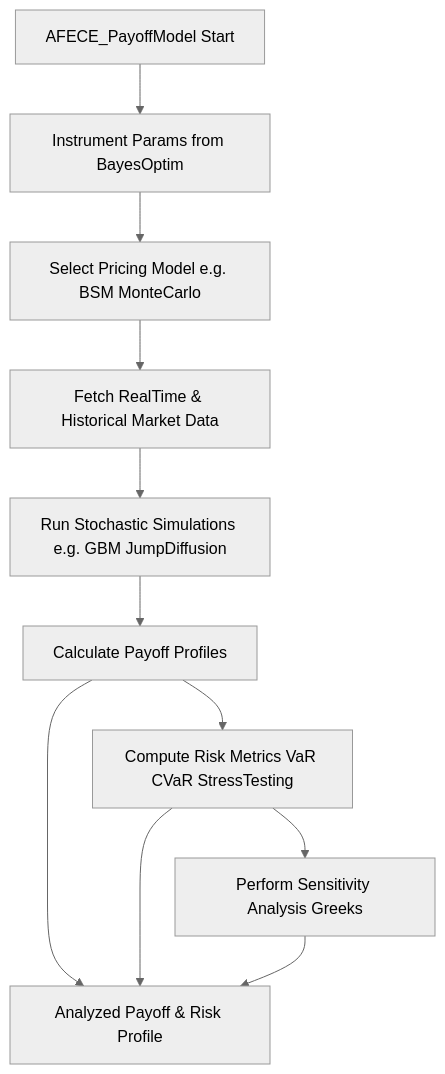
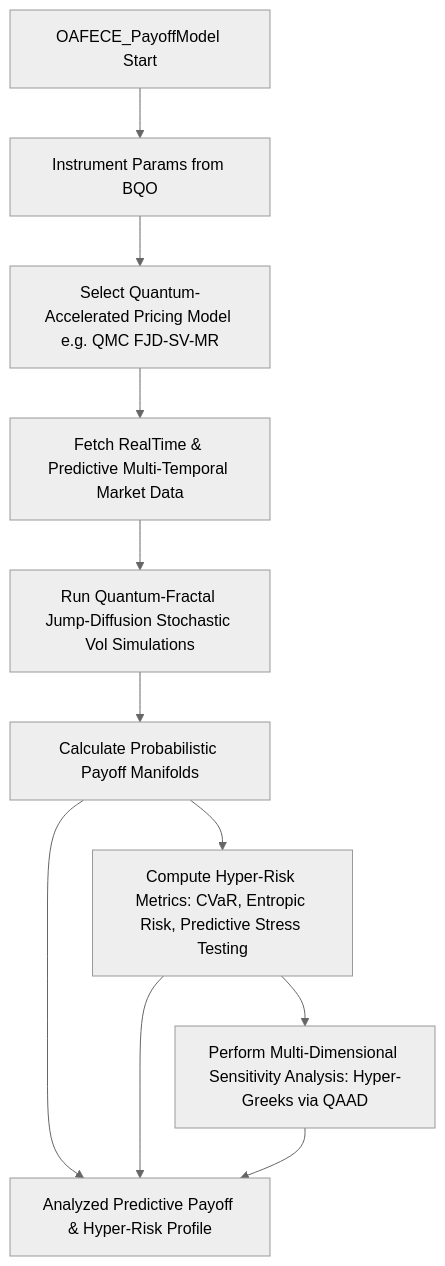
The fifth of 11 diagrams in inventions/inventions/AFECE_detailed_generative_flow.md (diplomat-bit/Citibank_Demo_Business_Inc_Demonstration-), drawn with Mermaid (neutral theme) before and after one commit. The commit also changed other lines of this file, not shown here.

````diff
--- a/inventions/inventions/AFECE_detailed_generative_flow.md
+++ b/inventions/inventions/AFECE_detailed_generative_flow.md
@@ -302,11 +477,11 @@
 ```mermaid
 graph TD
-    PPM_Start[AFECE_PayoffModel Start] --> PPM_Input[Instrument Params from BayesOptim]
-    PPM_Input --> PPM_PricingModel[Select Pricing Model e.g. BSM MonteCarlo]
-    PPM_PricingModel --> PPM_MarketData[Fetch RealTime & Historical Market Data]
-    PPM_MarketData --> PPM_StochasticSim[Run Stochastic Simulations e.g. GBM JumpDiffusion]
-    PPM_StochasticSim --> PPM_PayoffCalc[Calculate Payoff Profiles]
-    PPM_PayoffCalc --> PPM_RiskMetrics[Compute Risk Metrics VaR CVaR StressTesting]
-    PPM_RiskMetrics --> PPM_SensAnalysis[Perform Sensitivity Analysis Greeks]
-    PPM_PayoffCalc & PPM_RiskMetrics & PPM_SensAnalysis --> AFECE_XAI_Rationale[Analyzed Payoff & Risk Profile]
+    PPM_Start[OAFECE_PayoffModel Start] --> PPM_Input[Instrument Params from BQO]
+    PPM_Input --> PPM_PricingModel_QAPM[Select Quantum-Accelerated Pricing Model e.g. QMC FJD-SV-MR]
+    PPM_PricingModel_QAPM --> PPM_MarketData_MultiTemporal[Fetch RealTime & Predictive Multi-Temporal Market Data]
+    PPM_MarketData_MultiTemporal --> PPM_StochasticSim_QFJSV[Run Quantum-Fractal Jump-Diffusion Stochastic Vol Simulations]
+    PPM_StochasticSim_QFJSV --> PPM_PayoffCalc_Manifold[Calculate Probabilistic Payoff Manifolds]
+    PPM_PayoffCalc_Manifold --> PPM_RiskMetrics_Hyper[Compute Hyper-Risk Metrics: CVaR, Entropic Risk, Predictive Stress Testing]
+    PPM_RiskMetrics_Hyper --> PPM_SensAnalysis_HyperGreeks[Perform Multi-Dimensional Sensitivity Analysis: Hyper-Greeks via QAAD]
+    PPM_PayoffCalc_Manifold & PPM_RiskMetrics_Hyper & PPM_SensAnalysis_HyperGreeks --> OAFECE_XAI_Rationale[Analyzed Predictive Payoff & Hyper-Risk Profile]
 ```
````
